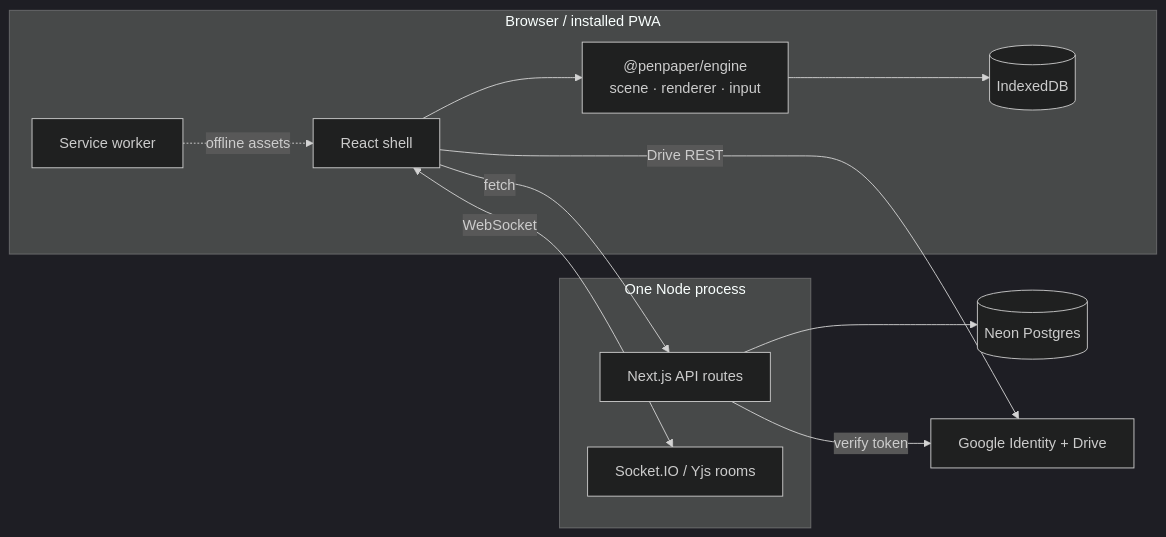
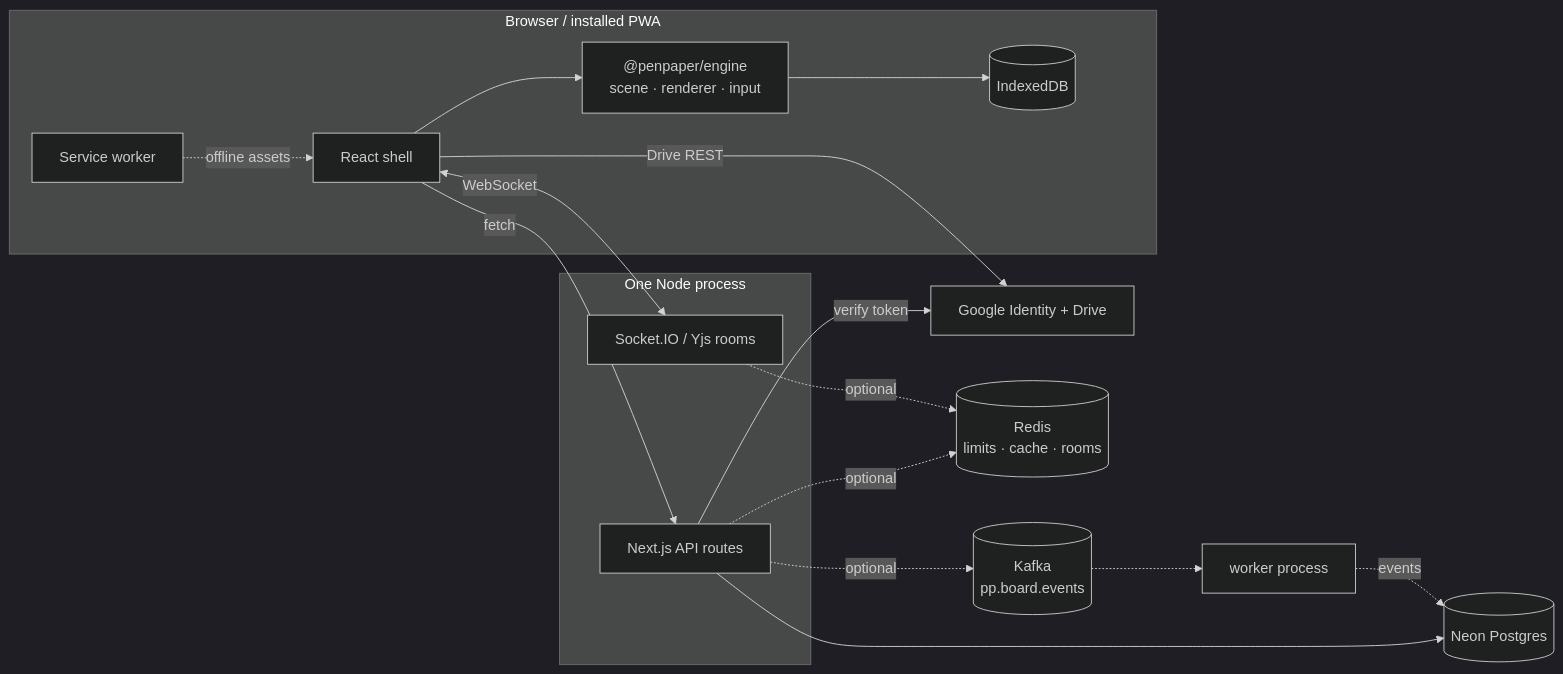
One commit to RishabhDotIn/PenPaper changed the first of 2 diagrams in README.md. Above: the diagram before and after it, drawn with Mermaid (dark theme). The commit also changed other lines of this file and 4 other files, not shown here.

First line of the commit message:
feat(web): share live rooms across instances with Redis

````diff
--- a/README.md
+++ b/README.md
@@ -65,24 +66,32 @@
 ```mermaid
 flowchart LR
   subgraph client["Browser / installed PWA"]
     UI["React shell"]
     ENG["@penpaper/engine<br/>scene · renderer · input"]
     IDB[("IndexedDB")]
     SW["Service worker"]
   end
   subgraph server["One Node process"]
     NEXT["Next.js API routes"]
     SIO["Socket.IO / Yjs rooms"]
   end
   PG[("Neon Postgres")]
   G["Google Identity + Drive"]
+  R[("Redis<br/>limits · cache · rooms")]
+  K[("Kafka<br/>pp.board.events")]
+  W["worker process"]
 
   UI --> ENG
   ENG --> IDB
   UI -->|"fetch"| NEXT
   UI <-->|"WebSocket"| SIO
   UI -->|"Drive REST"| G
   NEXT --> PG
   NEXT -->|"verify token"| G
+  NEXT -.->|"optional"| R
+  SIO -.->|"optional"| R
+  NEXT -.->|"optional"| K
+  K -.-> W
+  W -.->|"events"| PG
   SW -.->|"offline assets"| UI
 ```
````
